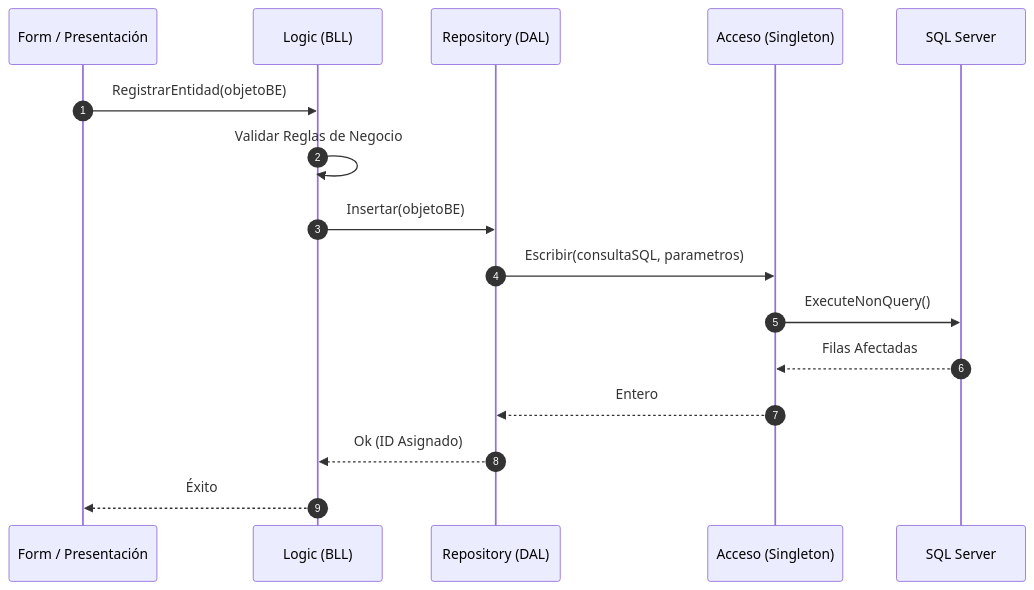
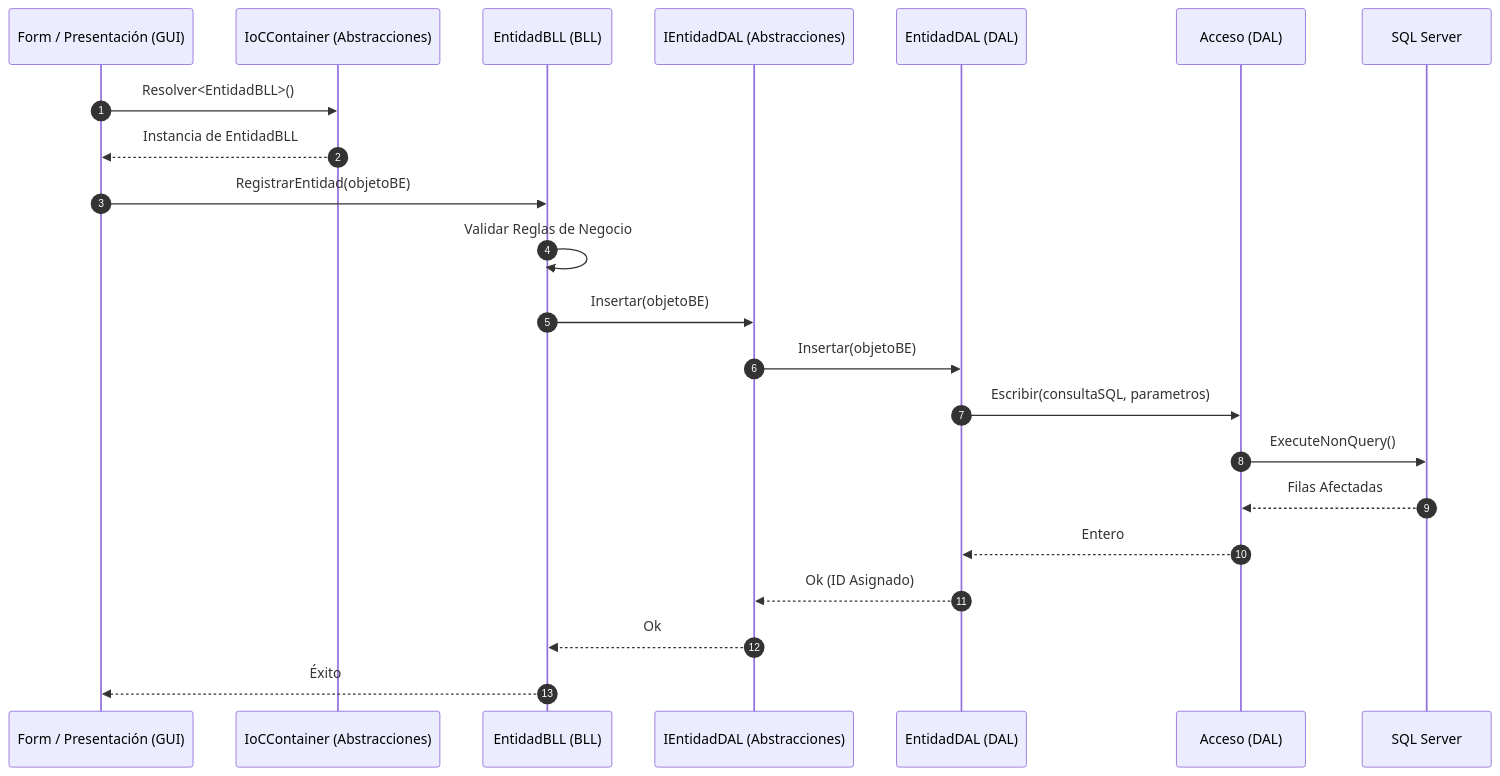
The second of 25 diagrams in Documentacion/diagrams_code.md (LautiSmyth/Stach), drawn with Mermaid before and after one commit. The commit also changed other lines of this file, not shown here.

Commit message:
Doc: Update sequence and module class diagrams to explicitly include the Abstracciones layer interfaces and IoCContainer

````diff
--- a/Documentacion/diagrams_code.md
+++ b/Documentacion/diagrams_code.md
@@ -54,19 +55,25 @@
 ```mermaid
 sequenceDiagram
     autonumber
-    participant GUI as Form / Presentación
-    participant BLL as Logic (BLL)
-    participant DAL as Repository (DAL)
-    participant Acc as Acceso (Singleton)
+    participant GUI as Form / Presentación (GUI)
+    participant IoC as IoCContainer (Abstracciones)
+    participant BLL as EntidadBLL (BLL)
+    participant IDAL as IEntidadDAL (Abstracciones)
+    participant DAL as EntidadDAL (DAL)
+    participant Acc as Acceso (DAL)
     participant DB as SQL Server
 
+    GUI->>IoC: Resolver<EntidadBLL>()
+    IoC-->>GUI: Instancia de EntidadBLL
     GUI->>BLL: RegistrarEntidad(objetoBE)
     BLL->>BLL: Validar Reglas de Negocio
-    BLL->>DAL: Insertar(objetoBE)
+    BLL->>IDAL: Insertar(objetoBE)
+    IDAL->>DAL: Insertar(objetoBE)
     DAL->>Acc: Escribir(consultaSQL, parametros)
     Acc->>DB: ExecuteNonQuery()
     DB-->>Acc: Filas Afectadas
     Acc-->>DAL: Entero
-    DAL-->>BLL: Ok (ID Asignado)
+    DAL-->>IDAL: Ok (ID Asignado)
+    IDAL-->>BLL: Ok
     BLL-->>GUI: Éxito
 ```
````
